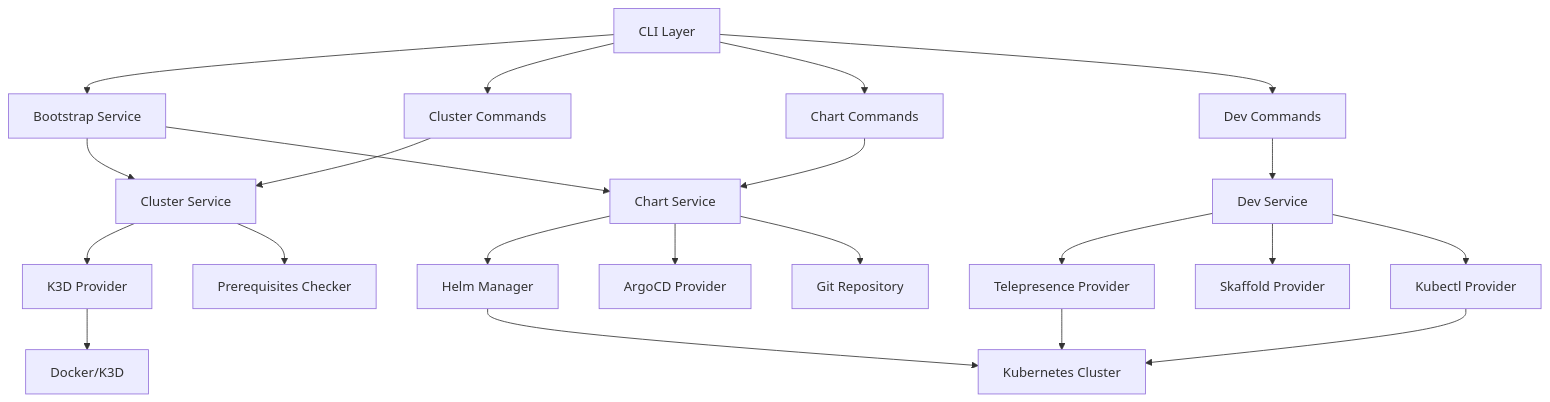
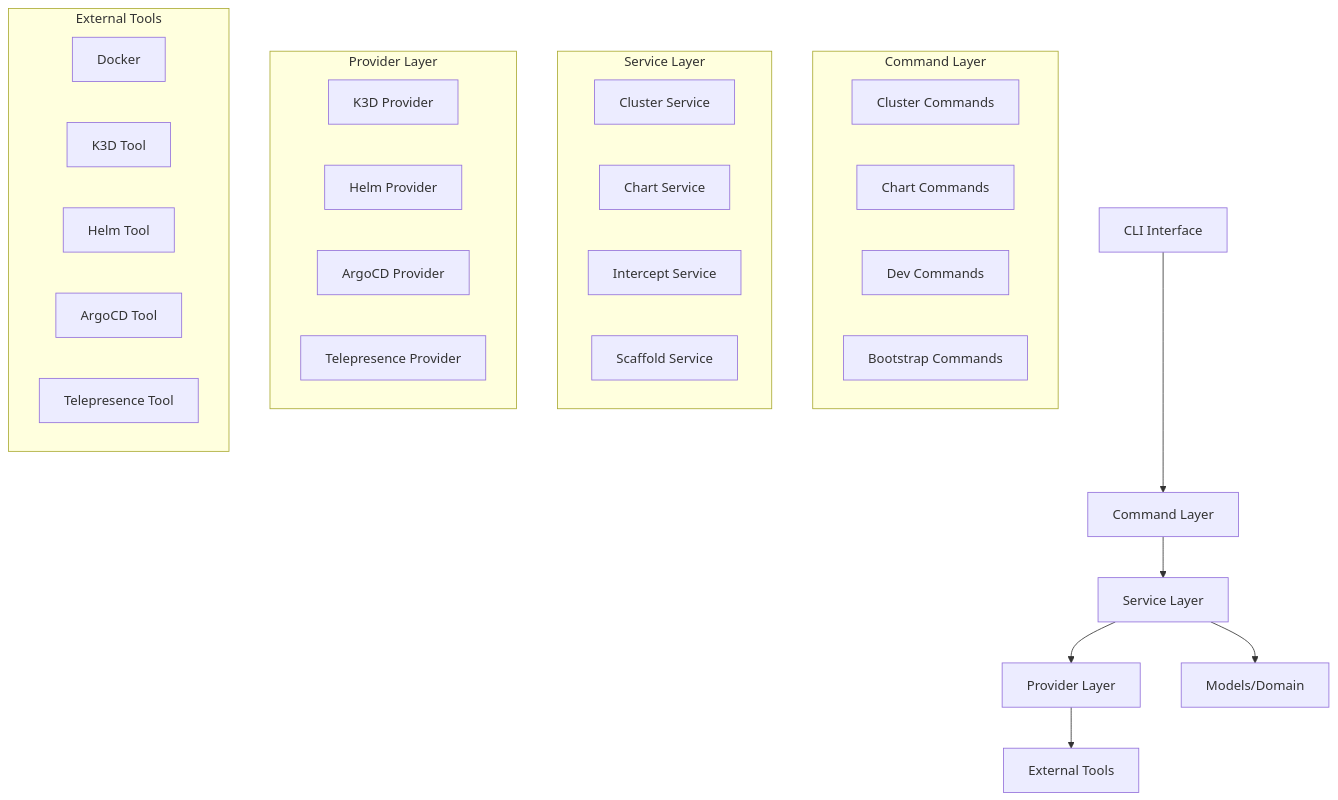
One commit to flamingo-stack/openframe-cli changed the first of 4 diagrams in docs/reference/architecture/overview.md. Above: the diagram before and after it, drawn with Mermaid. The commit also changed other lines of this file and 5 other files, not shown here.

````diff
--- a/docs/reference/architecture/overview.md
+++ b/docs/reference/architecture/overview.md
@@ -13,30 +15,37 @@
 ```mermaid
 graph TB
-    CLI[CLI Layer] --> Bootstrap[Bootstrap Service]
-    CLI --> Cluster[Cluster Commands]
-    CLI --> Chart[Chart Commands]
-    CLI --> Dev[Dev Commands]
+    CLI[CLI Interface] --> Commands[Command Layer]
+    Commands --> Services[Service Layer]
+    Services --> Providers[Provider Layer]
+    Services --> Models[Models/Domain]
+    Providers --> External[External Tools]
     
-    Bootstrap --> ClusterSvc[Cluster Service]
-    Bootstrap --> ChartSvc[Chart Service]
+    subgraph "Command Layer"
+        CC[Cluster Commands]
+        ChC[Chart Commands]
+        DC[Dev Commands]
+        BC[Bootstrap Commands]
+    end
     
-    Cluster --> ClusterSvc
-    Chart --> ChartSvc
-    Dev --> DevSvc[Dev Service]
+    subgraph "Service Layer"
+        CS[Cluster Service]
+        CHS[Chart Service]
+        IS[Intercept Service]
+        SS[Scaffold Service]
+    end
     
-    ClusterSvc --> K3D[K3D Provider]
-    ClusterSvc --> Prerequisites[Prerequisites Checker]
+    subgraph "Provider Layer"
+        K3D[K3D Provider]
+        Helm[Helm Provider]
+        ArgoCD[ArgoCD Provider]
+        TP[Telepresence Provider]
+    end
     
-    ChartSvc --> Helm[Helm Manager]
-    ChartSvc --> ArgoCD[ArgoCD Provider]
-    ChartSvc --> Git[Git Repository]
-    
-    DevSvc --> Telepresence[Telepresence Provider]
-    DevSvc --> Skaffold[Skaffold Provider]
-    DevSvc --> Kubectl[Kubectl Provider]
-    
-    K3D --> Docker[Docker/K3D]
-    Helm --> K8s[Kubernetes Cluster]
-    Telepresence --> K8s
-    Kubectl --> K8s
+    subgraph "External Tools"
+        Docker[Docker]
+        K3DT[K3D Tool]
+        HelmT[Helm Tool]
+        ArgoCDT[ArgoCD Tool]
+        TPT[Telepresence Tool]
+    end
 ```
````
